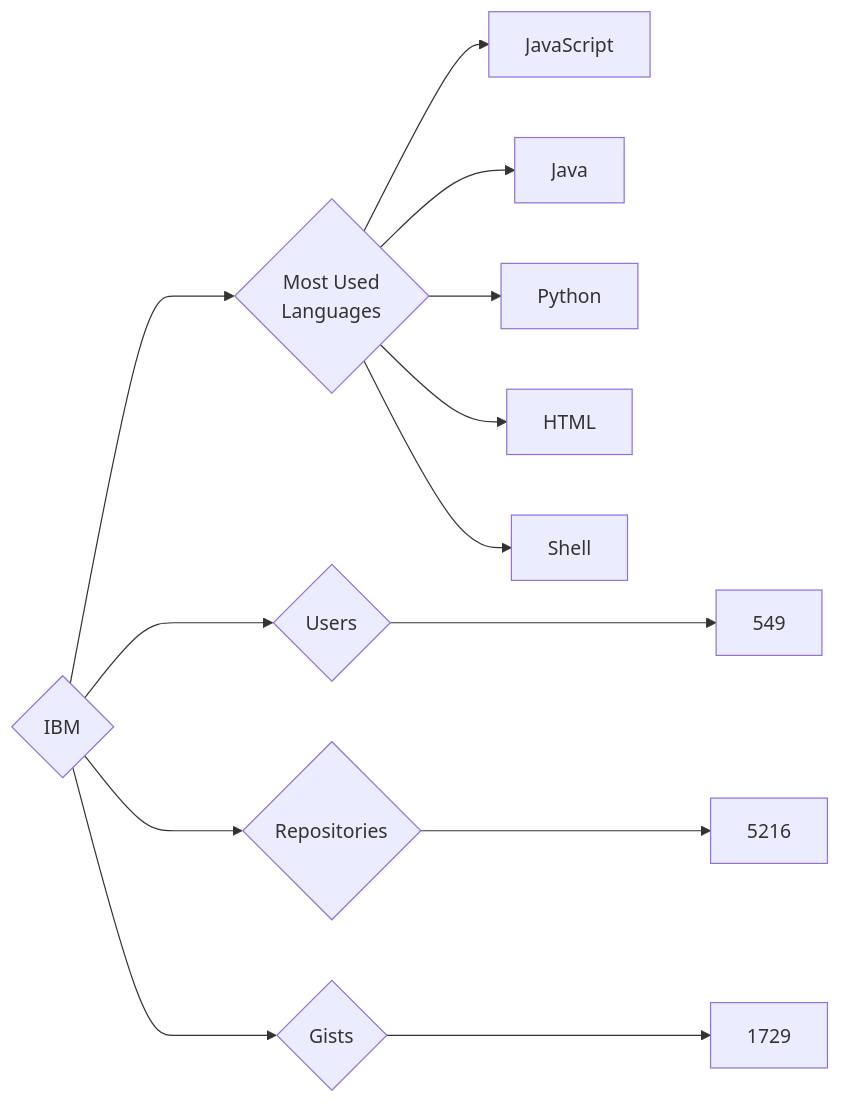
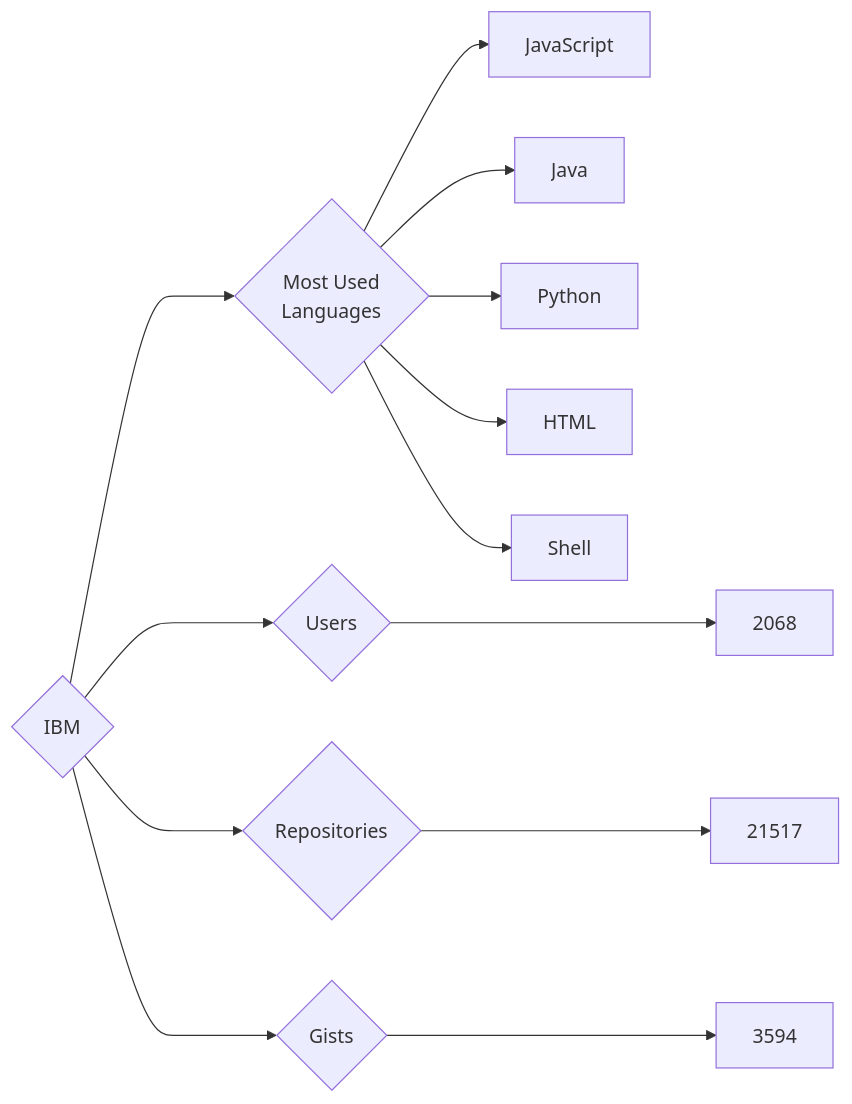
One commit to trickest/insiders changed the diagram in targets/IBM/README.md. Above: the diagram before and after it, drawn with Mermaid. The commit also changed 895 other files, not shown here.

````diff
--- a/targets/IBM/README.md
+++ b/targets/IBM/README.md
@@ -3,13 +3,13 @@
 ```mermaid
 graph LR
 COMPANY_NAME{IBM}
-COMPANY_NAME ---> U{Users} ---> UN[549]
-COMPANY_NAME ---> R{Repositories} ---> RN[5216]
-COMPANY_NAME ---> G{Gists} ---> GN[1729]
+COMPANY_NAME ---> U{Users} ---> UN[2068]
+COMPANY_NAME ---> R{Repositories} ---> RN[21517]
+COMPANY_NAME ---> G{Gists} ---> GN[3594]
 COMPANY_NAME ---> ML{Most Used<br>Languages}
 ML --> JavaScript[JavaScript]
 ML --> Java[Java]
 ML --> Python[Python]
 ML --> HTML[HTML]
 ML --> Shell[Shell]
 ```
````
